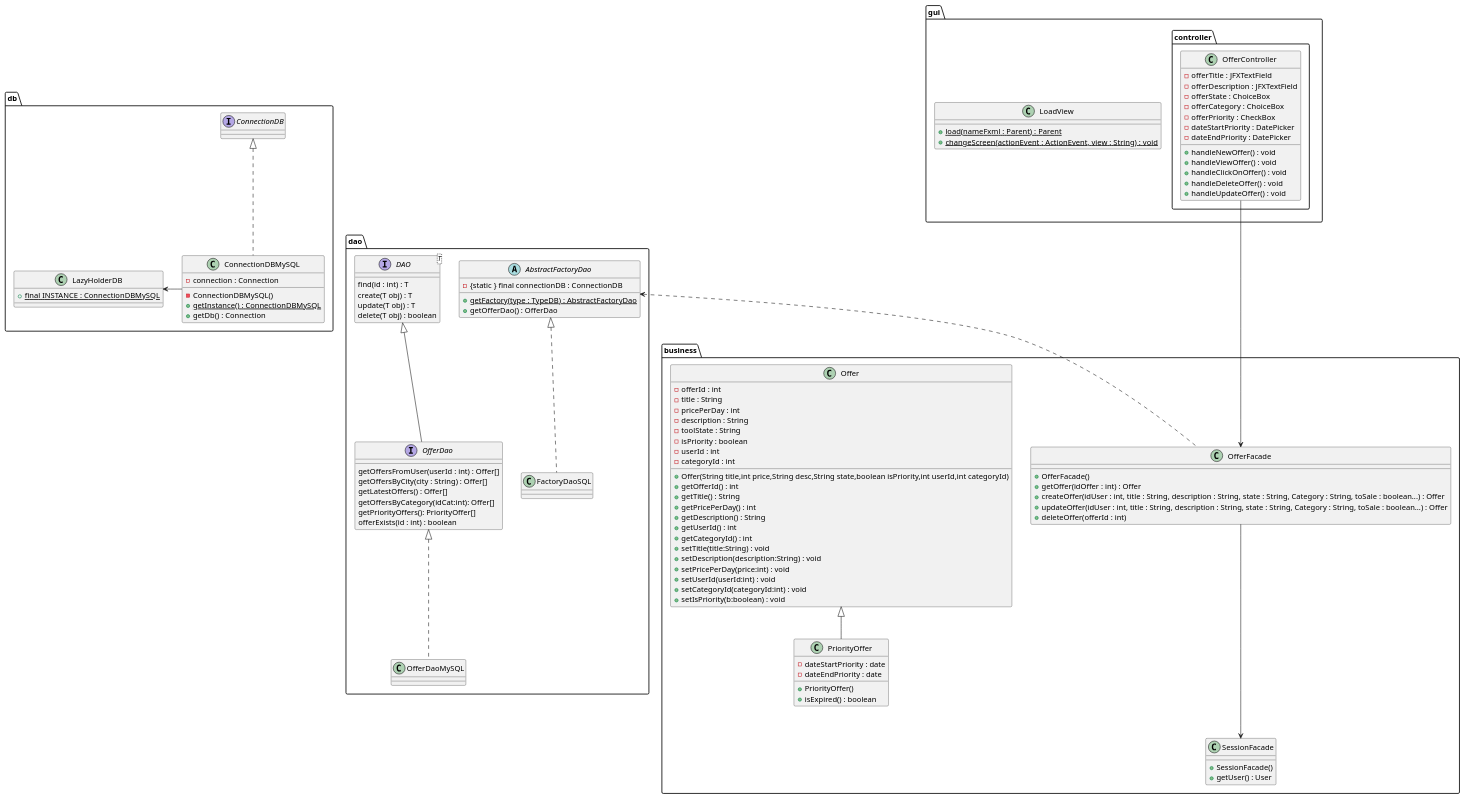
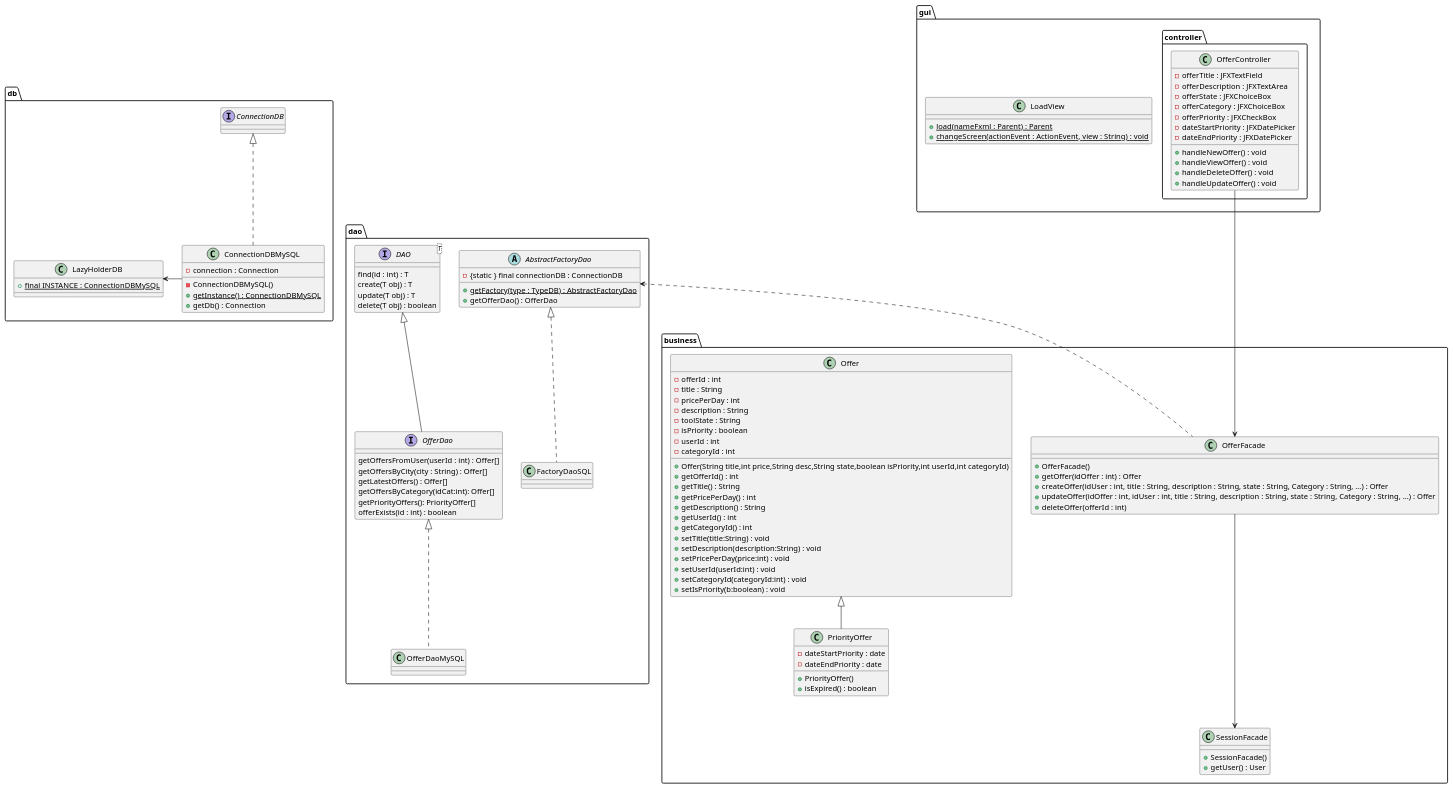
One commit to LaunoisRemy/ToolShare changed the diagram in documents/diagram/offer/offerClass.puml. Above: the diagram before and after it, drawn with PlantUML. The commit also changed 2 other files, not shown here.

Commit message:
UPDATE on Class&Sequence diag (parameters fix)

```diff
--- a/documents/diagram/offer/offerClass.puml
+++ b/documents/diagram/offer/offerClass.puml
@@ -1,136 +1,134 @@
 @startuml
 
 package dao {
 
 
     interface OfferDao{
         getOffersFromUser(userId : int) : Offer[]
         getOffersByCity(city : String) : Offer[]
         getLatestOffers() : Offer[]
         getOffersByCategory(idCat:int): Offer[]
         getPriorityOffers(): PriorityOffer[]
         offerExists(id : int) : boolean
     }
     class OfferDaoMySQL
     FactoryDaoSQL .up.|> AbstractFactoryDao
     OfferDaoMySQL .up.|> OfferDao
 
 
     interface DAO<T>{
         find(id : int) : T
         create(T obj) : T
         update(T obj) : T
         delete(T obj) : boolean
     }
 
     abstract AbstractFactoryDao{
         - {static } final connectionDB : ConnectionDB
         + {static} getFactory(type : TypeDB) : AbstractFactoryDao
         + getOfferDao() : OfferDao
     }
 
     class FactoryDaoSQL{
     }
 
 
     DAO <|-- OfferDao
 }
 package db{
     class ConnectionDBMySQL{
         - connection : Connection
         - ConnectionDBMySQL()
         + {static} getInstance() : ConnectionDBMySQL
         + getDb() : Connection
     }
 
     class LazyHolderDB{
         + {static} final INSTANCE : ConnectionDBMySQL
     }
     interface ConnectionDB
     ConnectionDBMySQL -Left-> LazyHolderDB
     ConnectionDBMySQL .up.|> ConnectionDB
 
 }
 package business{
     class SessionFacade{
         + SessionFacade()
         + getUser() : User
     }
 
     class Offer{
         -offerId : int
         -title : String
         -pricePerDay : int
         -description : String
         -toolState : String
         -isPriority : boolean
         -userId : int
         -categoryId : int
         + Offer(String title,int price,String desc,String state,boolean isPriority,int userId,int categoryId)
         + getOfferId() : int
         + getTitle() : String
         + getPricePerDay() : int
         + getDescription() : String
         + getUserId() : int
         + getCategoryId() : int
         + setTitle(title:String) : void
         + setDescription(description:String) : void
         + setPricePerDay(price:int) : void
         + setUserId(userId:int) : void
         + setCategoryId(categoryId:int) : void
         + setIsPriority(b:boolean) : void
     }
 
     class PriorityOffer{
         -dateStartPriority : date
         -dateEndPriority : date
         +PriorityOffer()
         +isExpired() : boolean
     }
     class OfferFacade{
         + OfferFacade()
         + getOffer(idOffer : int) : Offer
-        + createOffer(idUser : int, title : String, description : String, state : String, Category : String, toSale : boolean...) : Offer
-        + updateOffer(idUser : int, title : String, description : String, state : String, Category : String, toSale : boolean...) : Offer
+        + createOffer(idUser : int, title : String, description : String, state : String, Category : String, ...) : Offer
+        + updateOffer(idOffer : int, idUser : int, title : String, description : String, state : String, Category : String, ...) : Offer
         + deleteOffer(offerId : int)
     }
 
         Offer <|-- PriorityOffer
 
 
 }
 
 package gui{
 
     class LoadView{
         + {static} load(nameFxml : Parent) : Parent
         + {static} changeScreen(actionEvent : ActionEvent, view : String) : void
     }
 
     package controller{
         class OfferController{
             -offerTitle : JFXTextField
-            -offerDescription : JFXTextField
-            -offerState : ChoiceBox
-            -offerCategory : ChoiceBox
-            -offerPriority : CheckBox
-            -dateStartPriority : DatePicker
-            -dateEndPriority : DatePicker
-
+            -offerDescription : JFXTextArea
+            -offerState : JFXChoiceBox
+            -offerCategory : JFXChoiceBox
+            -offerPriority : JFXCheckBox
+            -dateStartPriority : JFXDatePicker
+            -dateEndPriority : JFXDatePicker
             + handleNewOffer() : void
             + handleViewOffer() : void
-            + handleClickOnOffer() : void
             + handleDeleteOffer() : void
             + handleUpdateOffer() : void
 
         }
 
     }
 }
 OfferFacade <--Up- OfferController
 SessionFacade <--Up- OfferFacade
 OfferFacade .Up.> AbstractFactoryDao
 
 
 
 @enduml
```
